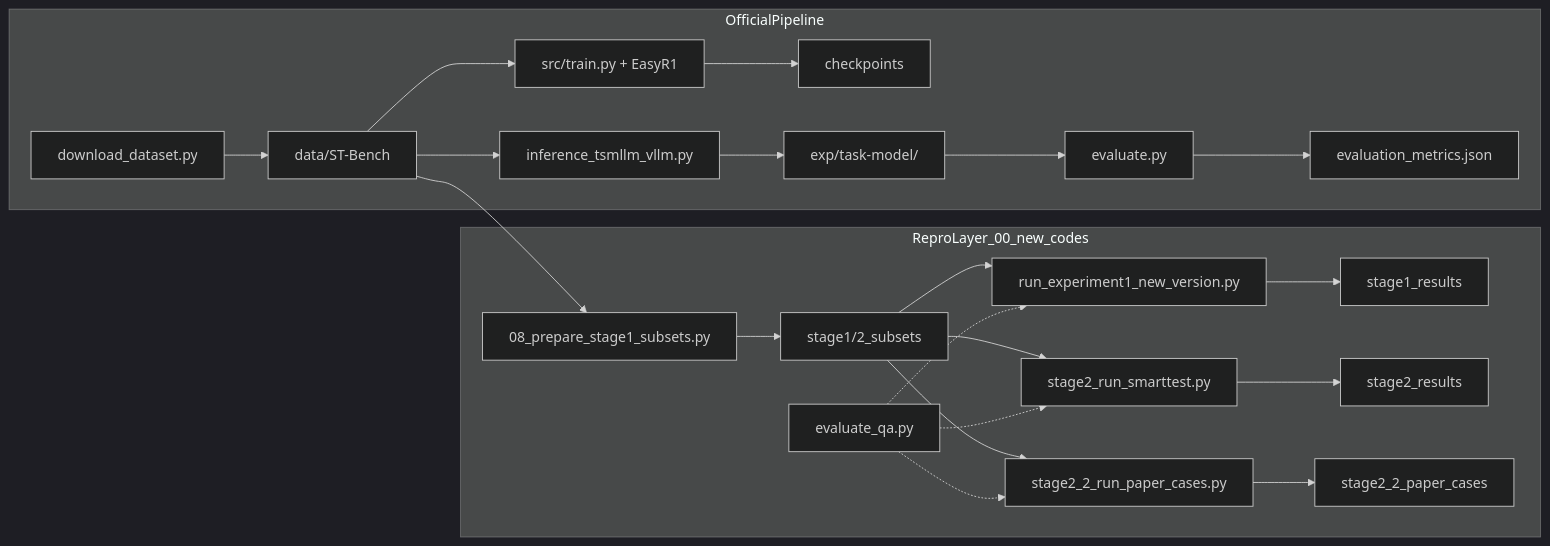
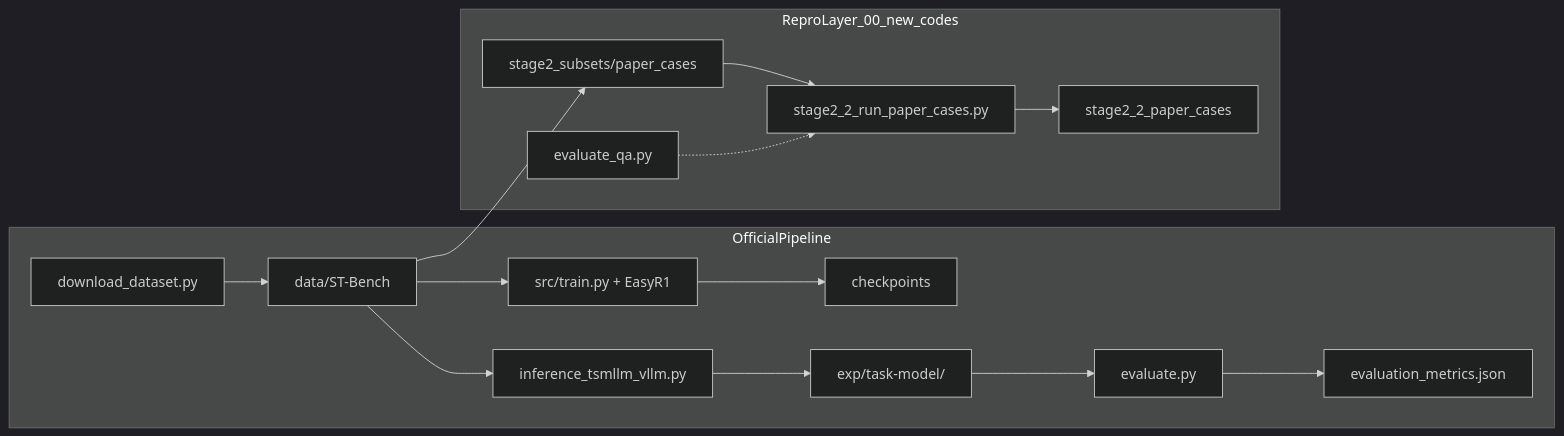
Before and after one commit to XWWW-XD/STReasoner_reproduce: the first of 3 diagrams in 00_new_codes/guides/pipeline_map.md, drawn with Mermaid (dark theme). The commit also changed other lines of this file and 258 other files, not shown here.

````diff
--- a/00_new_codes/guides/pipeline_map.md
+++ b/00_new_codes/guides/pipeline_map.md
@@ -270,27 +271,20 @@
 ```mermaid
 flowchart LR
   subgraph official [OfficialPipeline]
     DL[download_dataset.py] --> SB[data/ST-Bench]
     TRAIN[src/train.py + EasyR1] --> CKPT[checkpoints]
     INF[inference_tsmllm_vllm.py] --> EXP[exp/task-model/]
     EVA[evaluate.py] --> MET[evaluation_metrics.json]
     SB --> TRAIN
     SB --> INF
     EXP --> EVA
   end
 
   subgraph repro [ReproLayer_00_new_codes]
-    PREP[08_prepare_stage1_subsets.py] --> SUB[stage1/2_subsets]
-    S1[run_experiment1_new_version.py] --> RES1[stage1_results]
-    S2[stage2_run_smarttest.py] --> RES2[stage2_results]
-    S22[stage2_2_run_paper_cases.py] --> RES22[stage2_2_paper_cases]
-    SUB --> S1
-    SUB --> S2
-    SUB --> S22
-    EVA2[evaluate_qa.py] -.-> S1
-    EVA2 -.-> S2
-    EVA2 -.-> S22
+    PC[stage2_subsets/paper_cases] --> S22[stage2_2_run_paper_cases.py]
+    S22 --> RES22[stage2_2_paper_cases]
+    EVA2[evaluate_qa.py] -.-> S22
   end
 
-  SB --> PREP
+  SB --> PC
 ```
````
